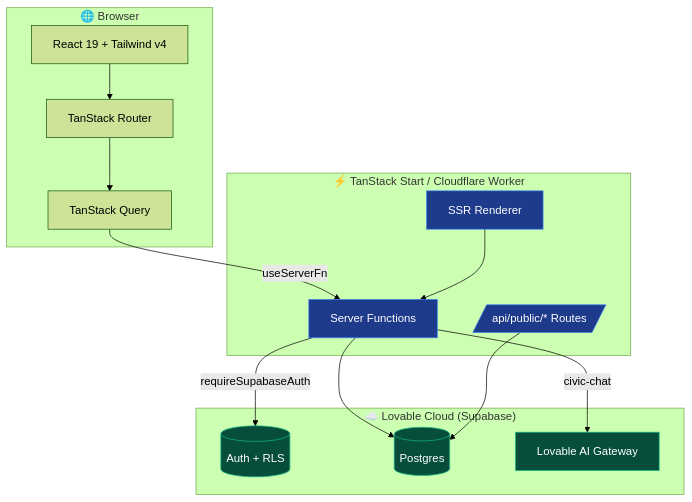
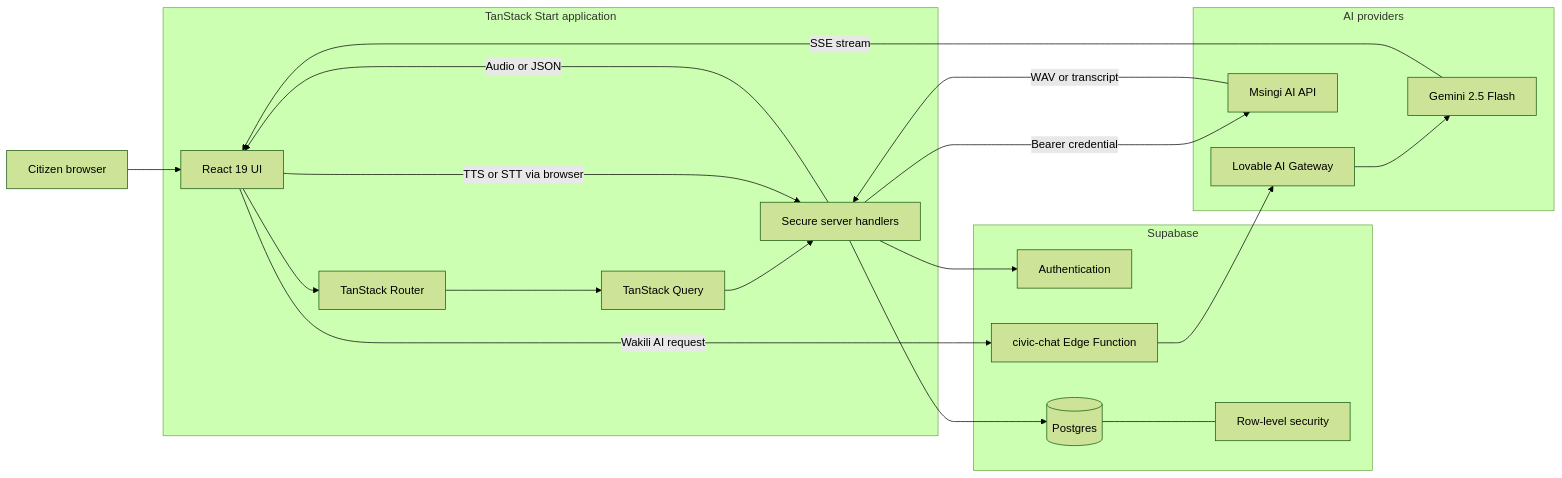
One commit to lewiii254/Jua-katiba-AI changed the second of 6 diagrams in README.md. Above: the diagram before and after it, drawn with Mermaid (forest theme). The commit also changed other lines of this file and 2 other files, not shown here.

Commit message:
Revamp README and secure environment setup

````diff
--- a/README.md
+++ b/README.md
@@ -53,33 +92,42 @@
 ```mermaid
-graph TB
-  subgraph Client["🌐 Browser"]
-    UI[React 19 + Tailwind v4]
-    Router[TanStack Router]
-    Query[TanStack Query]
+flowchart LR
+  U[Citizen browser]
+
+  subgraph APP["TanStack Start application"]
+    UI[React 19 UI]
+    RTR[TanStack Router]
+    RQ[TanStack Query]
+    SF[Secure server handlers]
   end
 
-  subgraph Edge["⚡ TanStack Start / Cloudflare Worker"]
-    SSR[SSR Renderer]
-    SFN[Server Functions]
-    API[/api/public/* Routes/]
+  subgraph SUPA["Supabase"]
+    AUTH[Authentication]
+    PG[(Postgres)]
+    RLS[Row-level security]
+    FN[civic-chat Edge Function]
   end
 
-  subgraph Cloud["☁️ Lovable Cloud (Supabase)"]
-    Auth[(Auth + RLS)]
-    DB[(Postgres)]
-    AI[Lovable AI Gateway]
+  subgraph AI["AI providers"]
+    LG[Lovable AI Gateway]
+    GEM[Gemini 2.5 Flash]
+    MSI[Msingi AI API]
   end
 
-  UI --> Router --> Query
-  Query -->|useServerFn| SFN
-  SSR --> SFN
-  SFN -->|requireSupabaseAuth| Auth
-  SFN --> DB
-  SFN -->|civic-chat| AI
-  API --> DB
+  U --> UI
+  UI --> RTR
+  RTR --> RQ
+  RQ --> SF
+  SF --> AUTH
+  SF --> PG
+  PG --- RLS
 
-  classDef edge fill:#1e3a8a,stroke:#3b82f6,color:#fff
-  classDef cloud fill:#064e3b,stroke:#10b981,color:#fff
-  class SSR,SFN,API edge
-  class Auth,DB,AI cloud
+  UI -->|Wakili AI request| FN
+  FN --> LG
+  LG --> GEM
+  GEM -->|SSE stream| UI
+
+  UI -->|TTS or STT via browser| SF
+  SF -->|Bearer credential| MSI
+  MSI -->|WAV or transcript| SF
+  SF -->|Audio or JSON| UI
 ```
````
